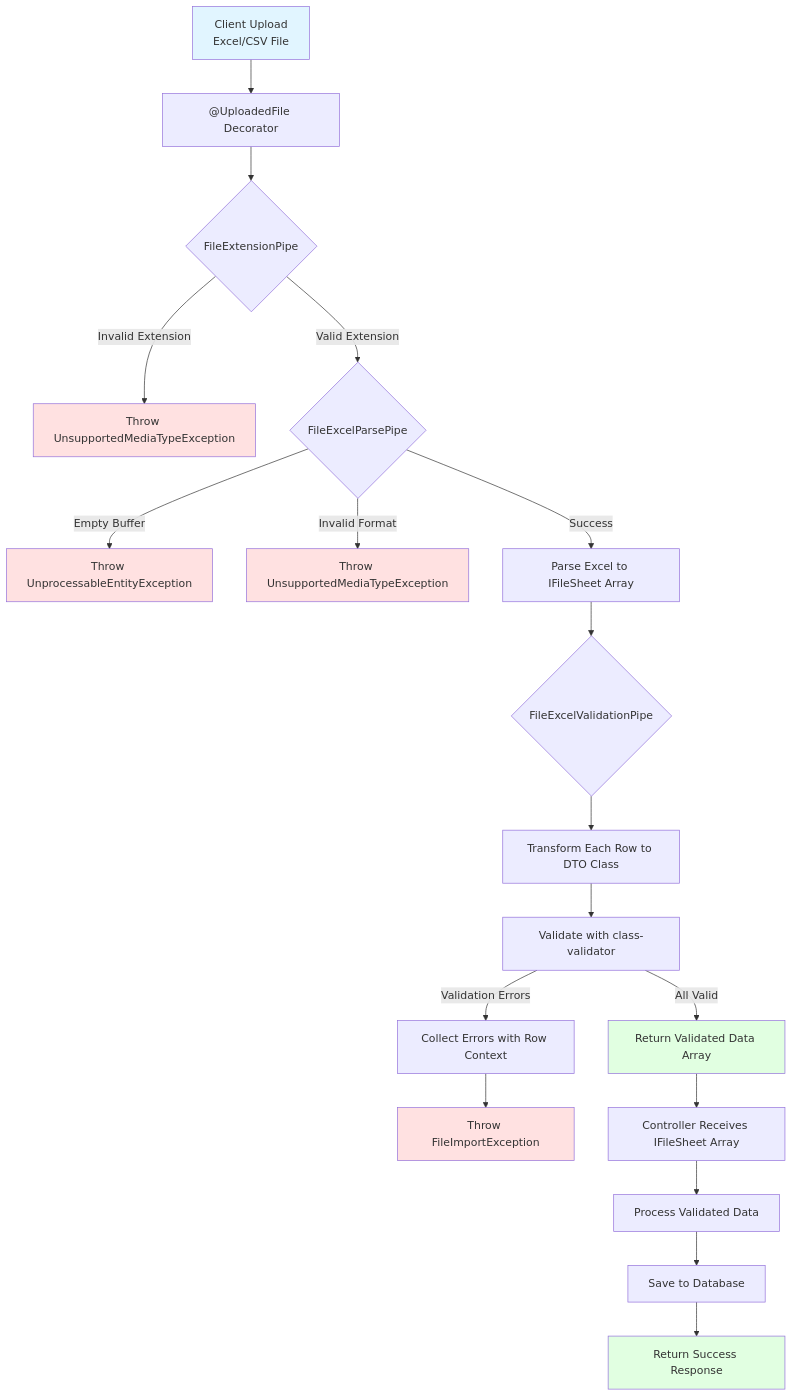
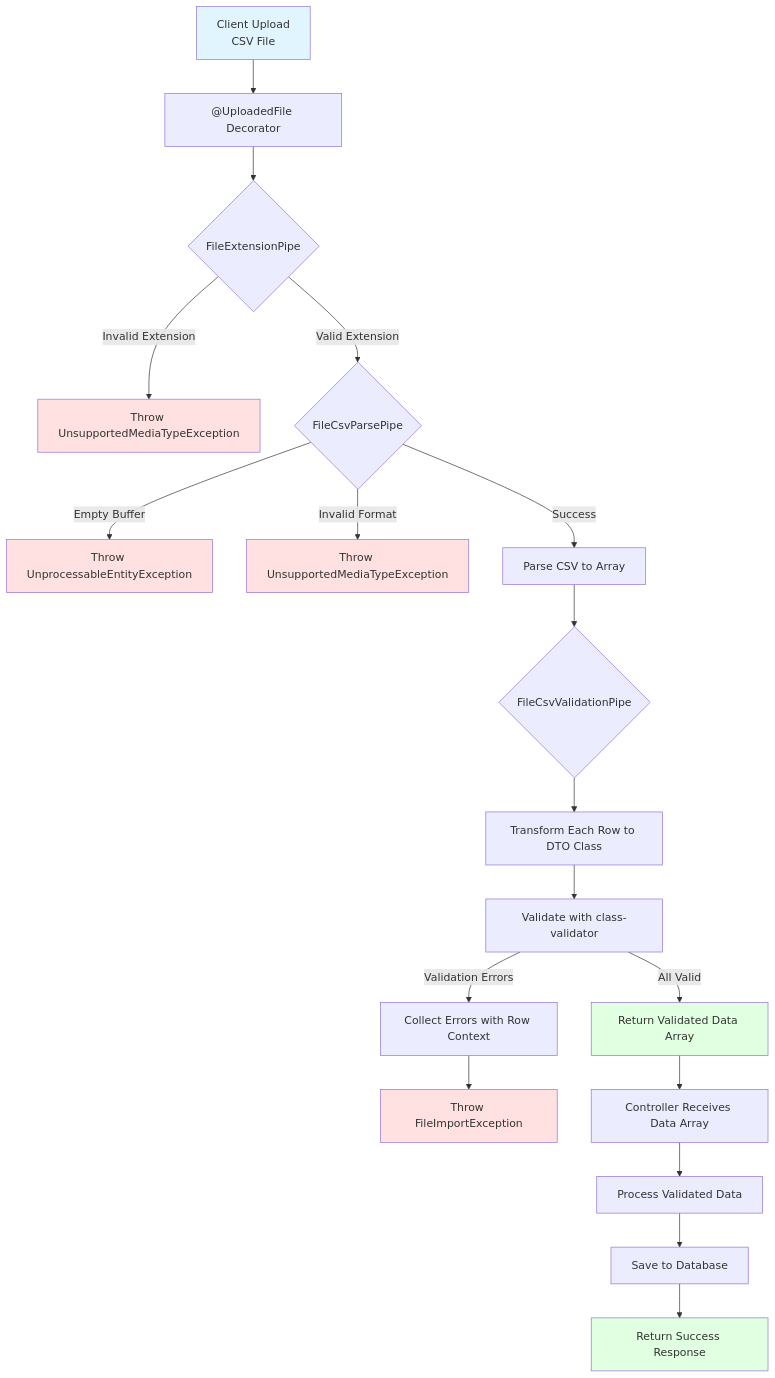
Before and after one commit to andrechristikan/ack-nestjs-boilerplate: the diagram in docs/file-upload.md, drawn with Mermaid. The commit also changed other lines of this file and 39 other files, not shown here.

````diff
--- a/docs/file-upload.md
+++ b/docs/file-upload.md
@@ -173,35 +168,35 @@
 ```mermaid
 flowchart TD
-    A[Client Upload<br/>Excel/CSV File] --> B[ @UploadedFile Decorator]
+    A[Client Upload<br/>CSV File] --> B[ @UploadedFile Decorator]
     B --> C{FileExtensionPipe}
     
     C -->|Invalid Extension| D[Throw UnsupportedMediaTypeException]
-    C -->|Valid Extension| E{FileExcelParsePipe}
+    C -->|Valid Extension| E{FileCsvParsePipe}
     
     E -->|Empty Buffer| F[Throw UnprocessableEntityException]
     E -->|Invalid Format| G[Throw UnsupportedMediaTypeException]
-    E -->|Success| H[Parse Excel to IFileSheet Array]
+    E -->|Success| H[Parse CSV to Array]
     
-    H --> I{FileExcelValidationPipe}
+    H --> I{FileCsvValidationPipe}
     
     I --> J[Transform Each Row to DTO Class]
     J --> K[Validate with class-validator]
     
     K -->|Validation Errors| L[Collect Errors with Row Context]
     L --> M[Throw FileImportException]
     
     K -->|All Valid| N[Return Validated Data Array]
-    N --> O[Controller Receives IFileSheet Array]
+    N --> O[Controller Receives Data Array]
     O --> P[Process Validated Data]
     
     P --> Q[Save to Database]
     Q --> R[Return Success Response]
     
     style A fill:#e1f5ff
     style D fill:#ffe1e1
     style F fill:#ffe1e1
     style G fill:#ffe1e1
     style M fill:#ffe1e1
     style N fill:#e1ffe1
     style R fill:#e1ffe1
 ```
````
